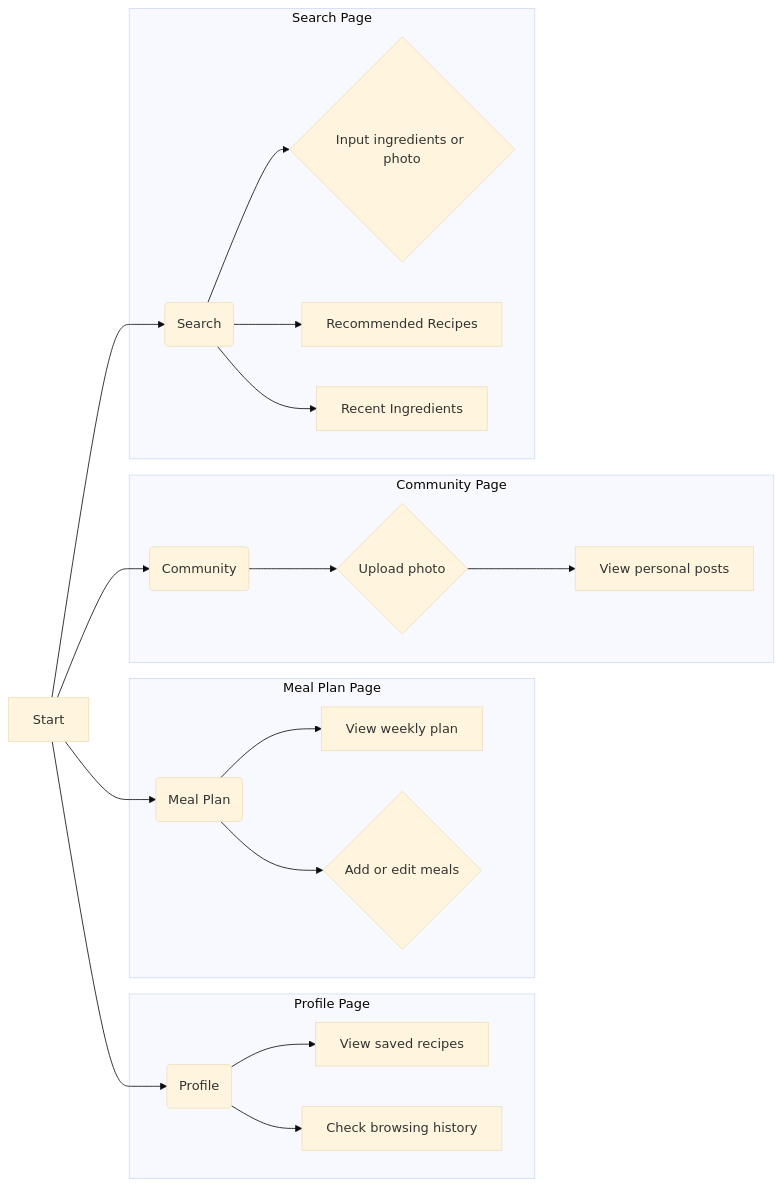
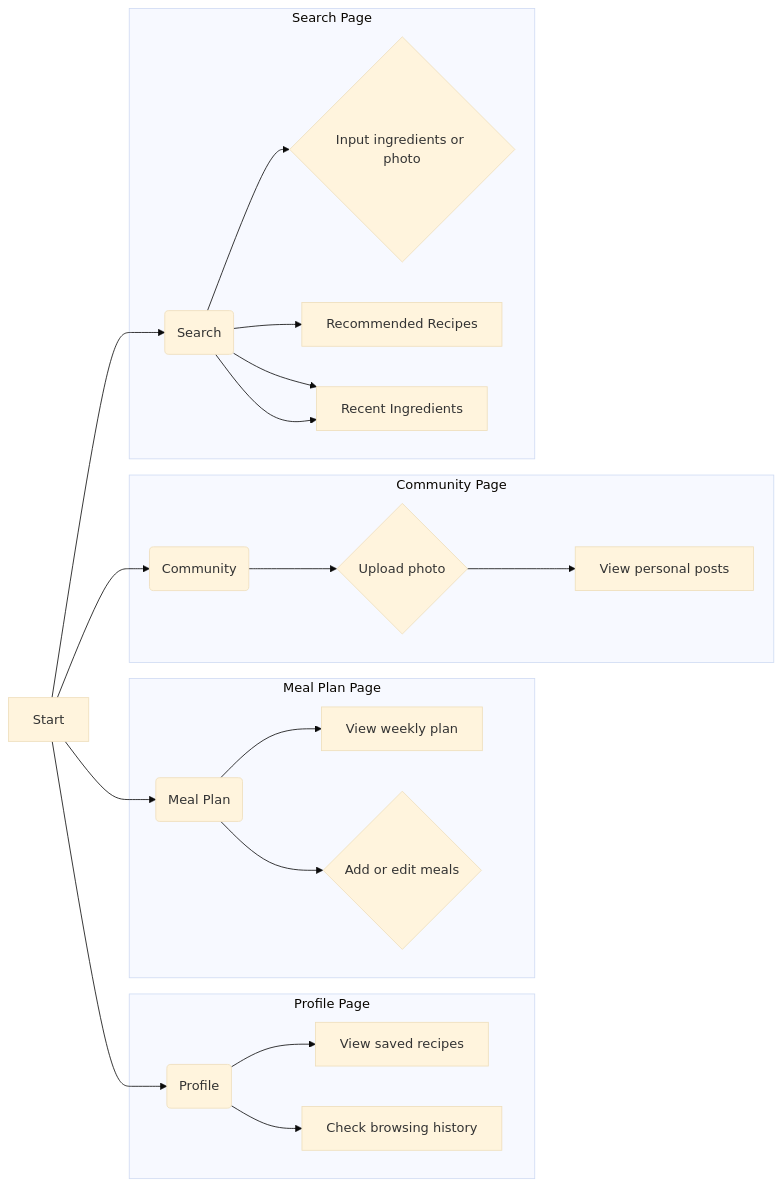
The diagram in all/未命名-2.md (seven8301/iodraw-files), drawn with Mermaid (base theme) before and after one commit.

Commit message:
2025-04-09 19:24:52 update

````diff
--- a/all/未命名-2.md
+++ b/all/未命名-2.md
@@ -1,27 +1,29 @@
 ```mermaid
 graph LR
     A[Start] --> B(Search);
     A --> C(Community);
     A --> D(Meal Plan);
     A --> E(Profile);
 
     
     subgraph "Profile Page"
         E --> L[View saved recipes];
         E --> M[Check browsing history];
         
     end
       subgraph "Meal Plan Page"
         D --> J[View weekly plan];
         D --> K{Add or edit meals};
     end
      subgraph "Community Page"
         C --> H{Upload photo};
         H --> I[View personal posts];
     end
     subgraph "Search Page"
         B --> F{Input ingredients or photo};
         B --> G[Recommended Recipes];
         B --> N[Recent Ingredients];
+        B --> N[Recent Ingredients];
+
     end
 ```
````
